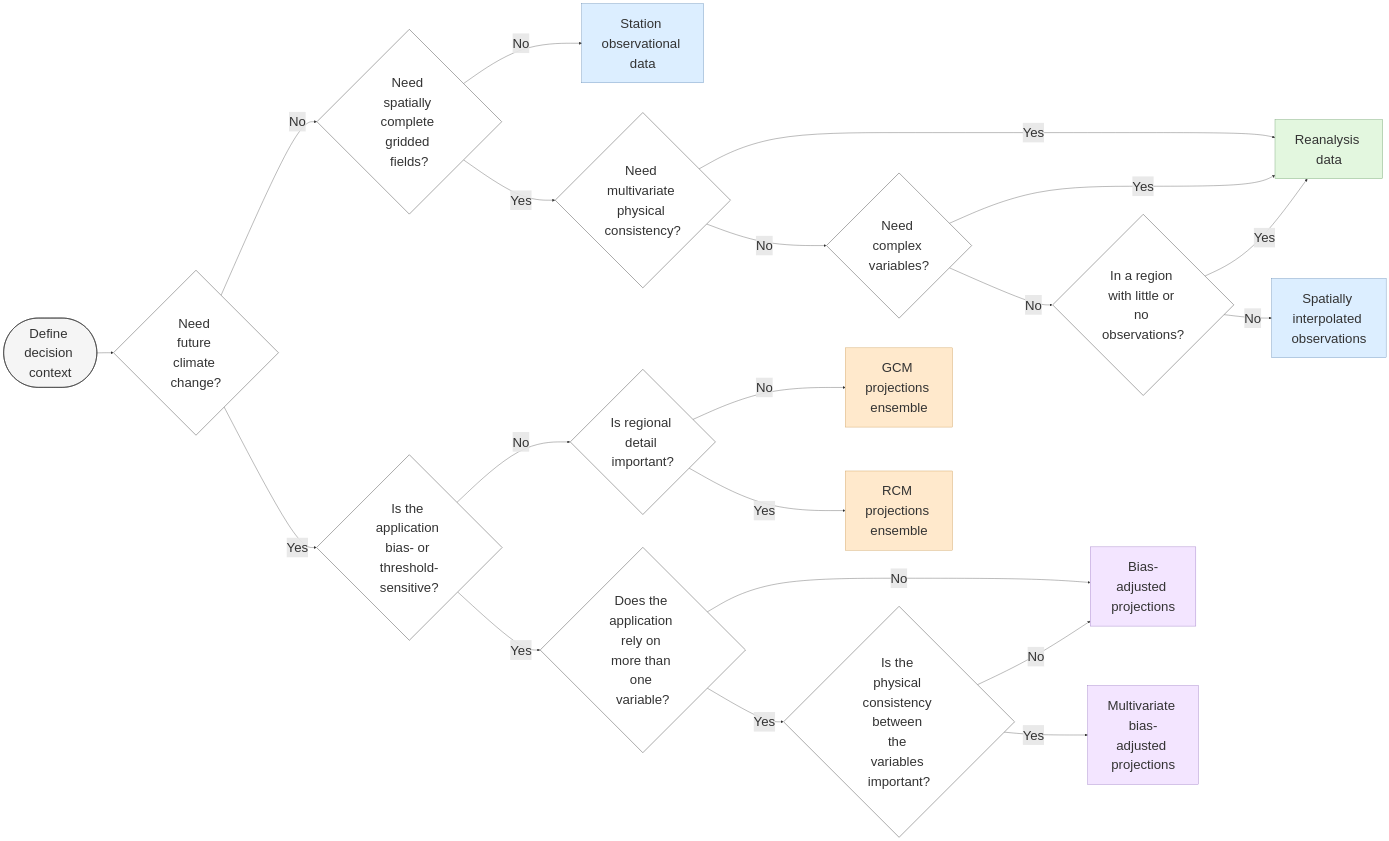
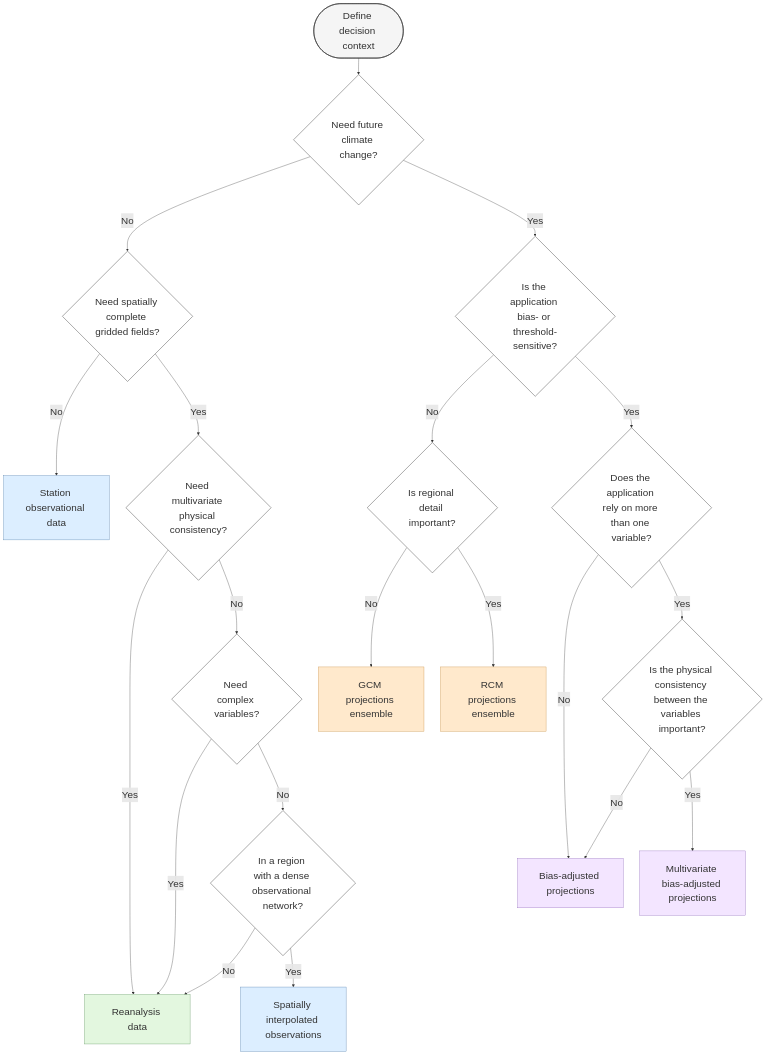
The diagram in ecdg_report/guidance/Climate_Data_Decision_Tree.qmd (Ouranosinc/energy_climate_data_guide), drawn with Mermaid before and after one commit. The commit also changed other lines of this file, not shown here.

Commit message:
Added supporting information for climate data decision tree

````diff
--- a/ecdg_report/guidance/Climate_Data_Decision_Tree.qmd
+++ b/ecdg_report/guidance/Climate_Data_Decision_Tree.qmd
@@ -14,55 +37,55 @@
 ```{mermaid}
-%%{init: {'themeVariables': { 'fontSize': '40px'}, 'flowchart': { 'nodeSpacing': 90, 'rankSpacing': 50, 'padding': 30 }} }%%
-flowchart LR
+%%{init: {'themeVariables': { 'fontSize': '30px'}, 'flowchart': { 'nodeSpacing': 50, 'rankSpacing': 50, 'padding': 30, 'curve': 'basis', 'htmlLabels': true, 'useMaxWidth': true }} }%%
+flowchart TD
 
     A([Define decision context]) --> B{Need future climate change?}
 
     %% Historical / baseline branch
     B -- No --> C{Need spatially complete gridded fields?}
     C -- No --> D[Station observational data]
     C -- Yes --> E{Need multivariate physical consistency?}
   
     E -- Yes --> F[Reanalysis data]
     E -- No --> T{Need complex variables?}
 
     T -- Yes --> F[Reanalysis data]
-    T -- No --> U{In a region with little or no observations?}
+    T -- No --> U{In a region with a dense observational network?}
 
-    U -- Yes --> F[Reanalysis data]
-    U -- No --> V[Spatially interpolated observations]
+    U -- No --> F[Reanalysis data]
+    U -- Yes --> V[Spatially interpolated observations]
 
     %% Future / planning branch
     B -- Yes --> K{Is the application bias- or threshold-sensitive?}
 
     K -- No --> H{Is regional detail important?}
     K -- Yes --> M{Does the application rely on more than one variable?}
 
     H -- No --> I[GCM projections ensemble]
     H -- Yes --> J[RCM projections ensemble]
 
     M -- No --> N[Bias-adjusted projections]
     M -- Yes --> O{Is the physical consistency between the variables important?}
 
     O -- No --> N[Bias-adjusted projections]
     O -- Yes --> S[Multivariate bias-adjusted projections]
 
     %% Reanalysis bias check
     %% F --> P{Bias too large for decision metric?}
     %% P -- No --> Q[Proceed with reanalysis]
     %% P -- Yes --> R[Apply targeted bias correction]
 
     %% Styling
     classDef start fill:#f5f5f5,stroke:#333,stroke-width:1.5px;
     classDef obs fill:#dceeff,stroke:#4a78a8,stroke-width:1px;
     classDef rean fill:#e3f7df,stroke:#5a8f5a,stroke-width:1px;
     classDef proj fill:#ffe9cc,stroke:#c48a3a,stroke-width:1px;
     classDef adjust fill:#f3e5ff,stroke:#8a63b8,stroke-width:1px;
     classDef decision fill:#ffffff,stroke:#555,stroke-width:1.5px;
 
     class A start;
     class B,C,E,H,K,M,O,U,T decision;
     class D,V obs;
     class F rean;
     class I,J proj;
     class N,S adjust;
 ```
````
